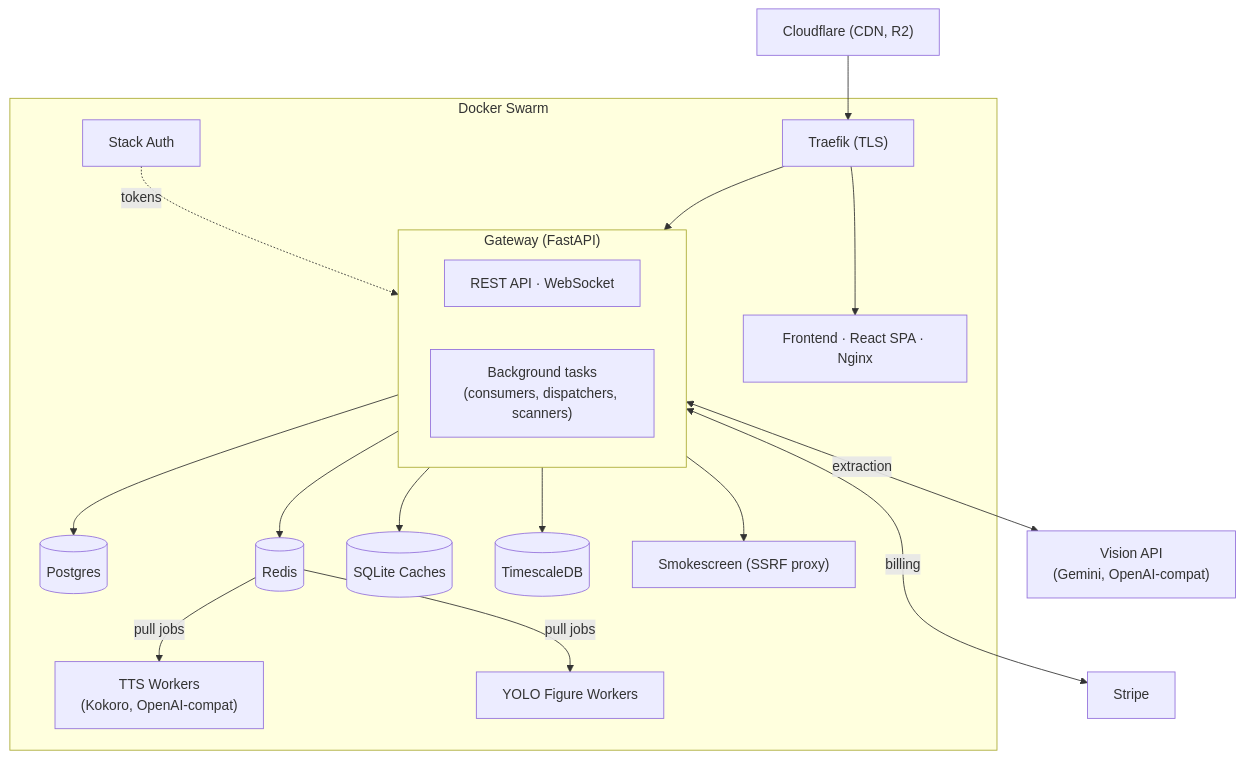
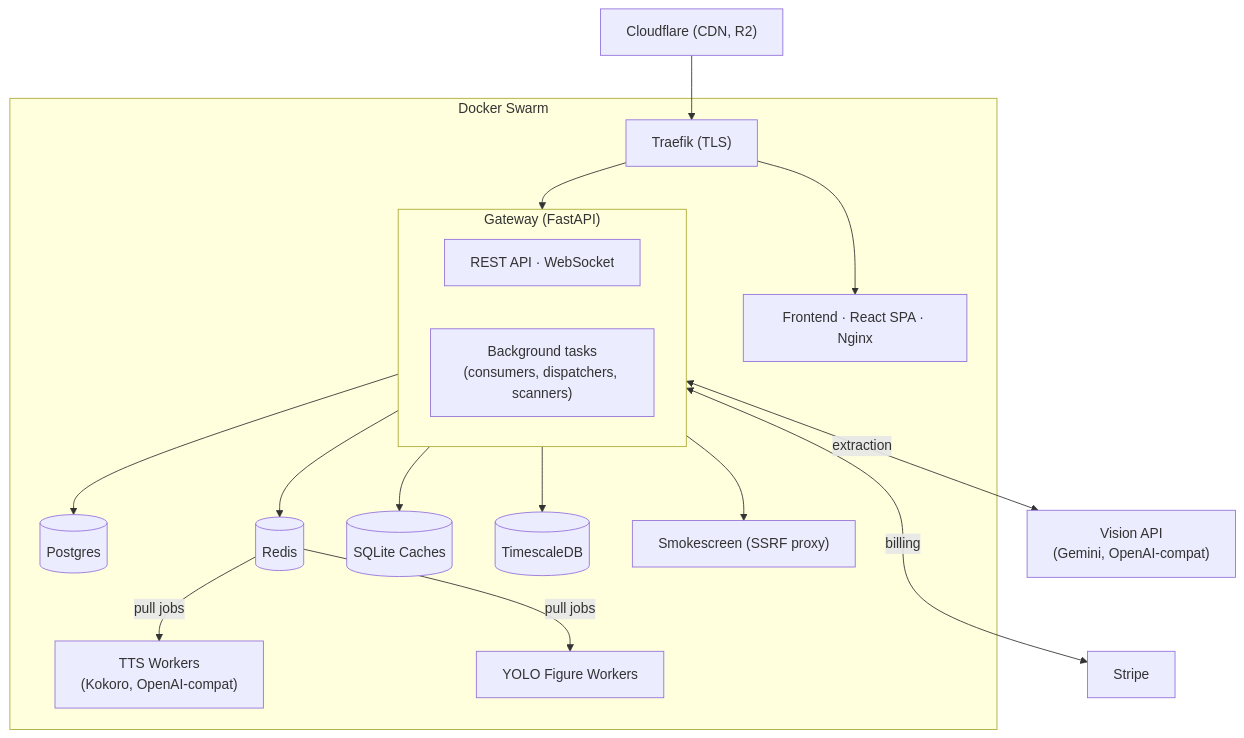
Before and after one commit to yapit-tts/yapit: the first of 7 diagrams in docs/architecture.md, drawn with Mermaid. The commit also changed 13 other files, not shown here.

First line of the commit message:
docs: auth is the gateway's own; Stack Auth only lingers as a container

````diff
--- a/docs/architecture.md
+++ b/docs/architecture.md
@@ -5,30 +5,28 @@
 ```mermaid
 flowchart TD
     CF["Cloudflare (CDN, R2)"] --> Traefik
 
     subgraph swarm ["Docker Swarm"]
         Traefik["Traefik (TLS)"] --> Frontend["Frontend · React SPA · Nginx"]
         Traefik --> GW
-
-        Auth["Stack Auth"] -.->|tokens| GW
 
         subgraph GW ["Gateway (FastAPI)"]
             direction LR
             API["REST API · WebSocket"]
             BG["Background tasks<br/>(consumers, dispatchers, scanners)"]
         end
 
         GW --> PG[(Postgres)] & Redis[(Redis)] & SQLite[(SQLite Caches)]
         GW --> TS[(TimescaleDB)]
 
         GW --> Smoke["Smokescreen (SSRF proxy)"]
 
         Redis -->|pull jobs| TTS["TTS Workers<br/>(Kokoro, OpenAI-compat)"]
         Redis -->|pull jobs| YOLO["YOLO Figure Workers"]
     end
 
     VisionAPI["Vision API<br/>(Gemini, OpenAI-compat)"] ~~~ Stripe
 
     GW <-->|extraction| VisionAPI
     GW <-->|billing| Stripe
 ```
````
